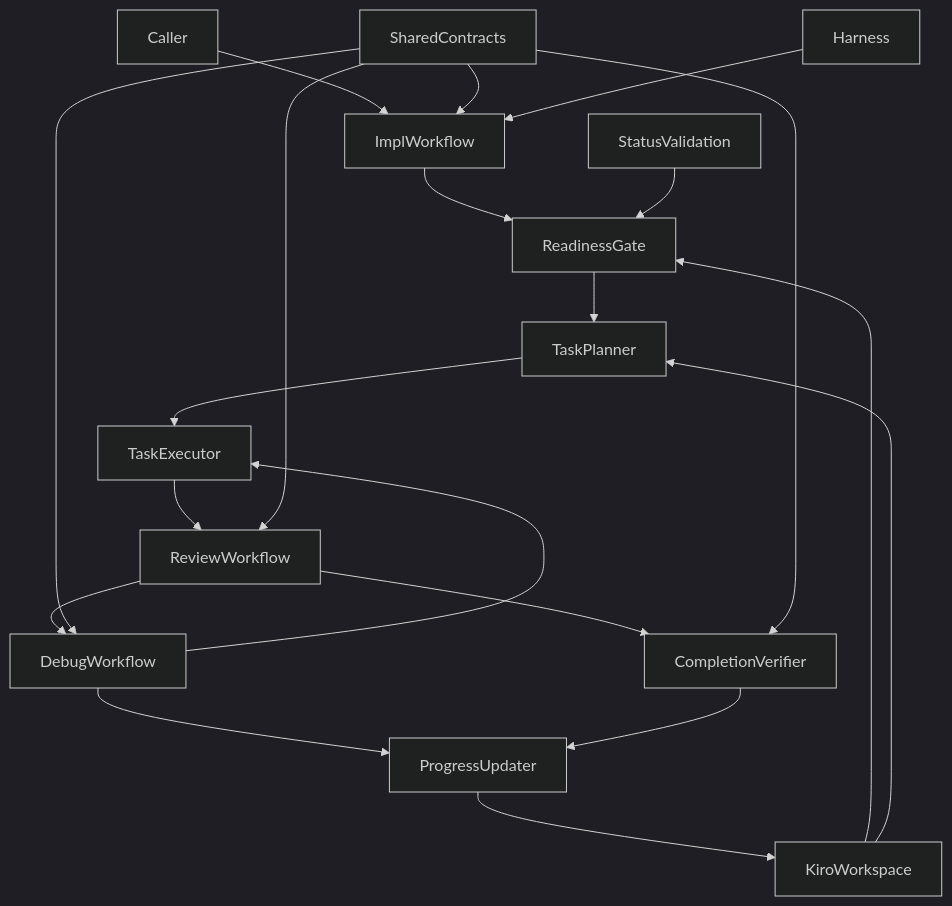
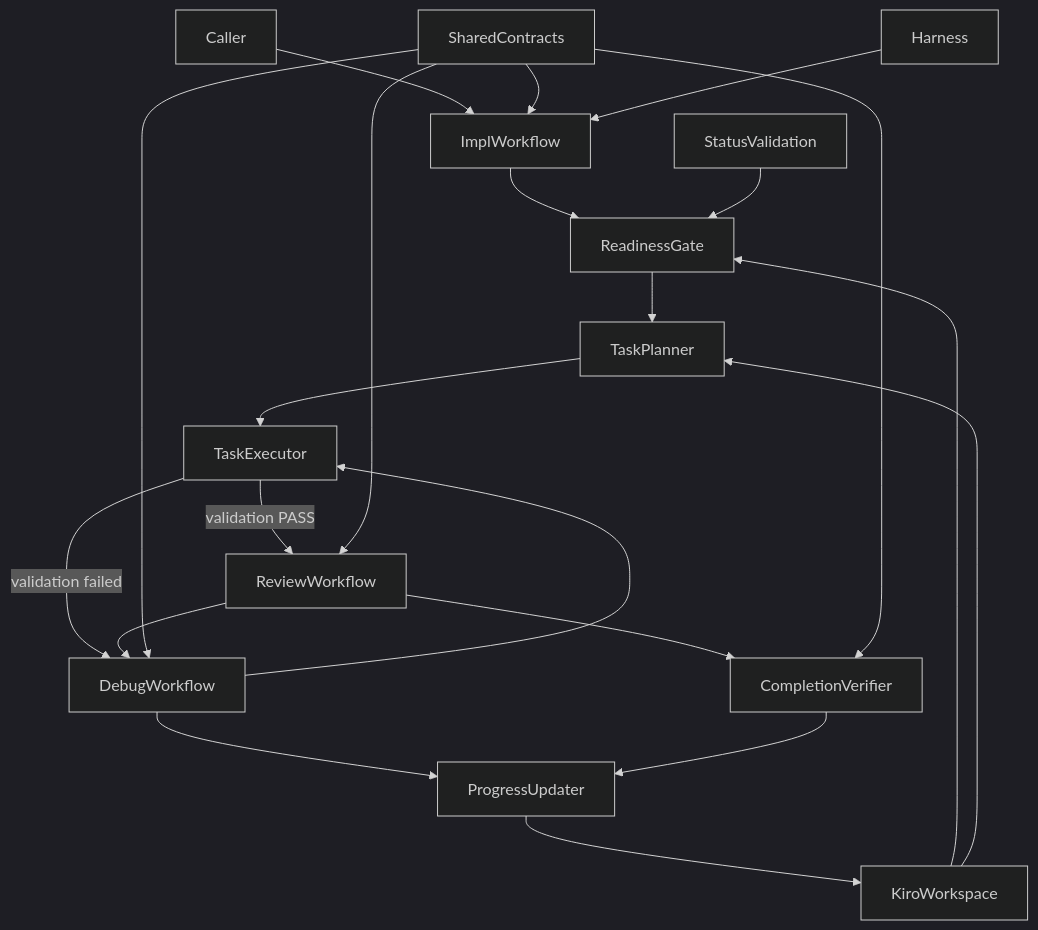
The first of 3 diagrams in .kiro/specs/kiro-iterative-implementation-workflow/design.md (j5ik2o/takt-sdd), drawn with Mermaid (dark theme) before and after one commit. The commit also changed other lines of this file and 4 other files, not shown here.

Commit message:
fix(kiro-workflow-surface): align validation harness coverage

````diff
--- a/.kiro/specs/kiro-iterative-implementation-workflow/design.md
+++ b/.kiro/specs/kiro-iterative-implementation-workflow/design.md
@@ -71,22 +71,23 @@
 ```mermaid
 graph TB
     Caller --> ImplWorkflow
     ImplWorkflow --> ReadinessGate
     ReadinessGate --> TaskPlanner
     TaskPlanner --> TaskExecutor
-    TaskExecutor --> ReviewWorkflow
+    TaskExecutor -->|validation PASS| ReviewWorkflow
+    TaskExecutor -->|validation failed| DebugWorkflow
     ReviewWorkflow --> CompletionVerifier
     ReviewWorkflow --> DebugWorkflow
     DebugWorkflow --> TaskExecutor
     DebugWorkflow --> ProgressUpdater
     CompletionVerifier --> ProgressUpdater
     StatusValidation --> ReadinessGate
     SharedContracts --> ImplWorkflow
     SharedContracts --> ReviewWorkflow
     SharedContracts --> DebugWorkflow
     SharedContracts --> CompletionVerifier
     KiroWorkspace --> ReadinessGate
     KiroWorkspace --> TaskPlanner
     ProgressUpdater --> KiroWorkspace
     Harness --> ImplWorkflow
 ```
````
